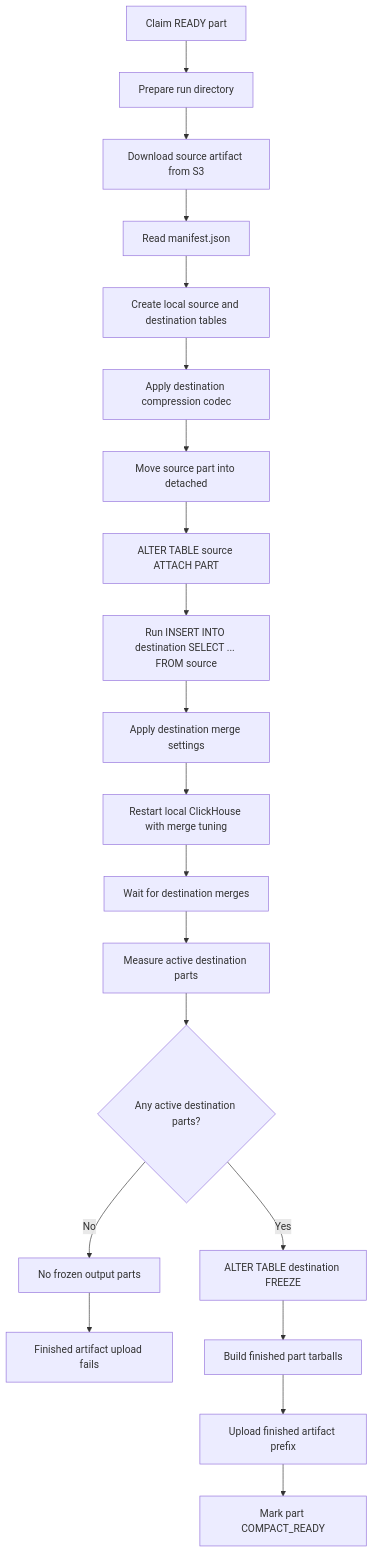
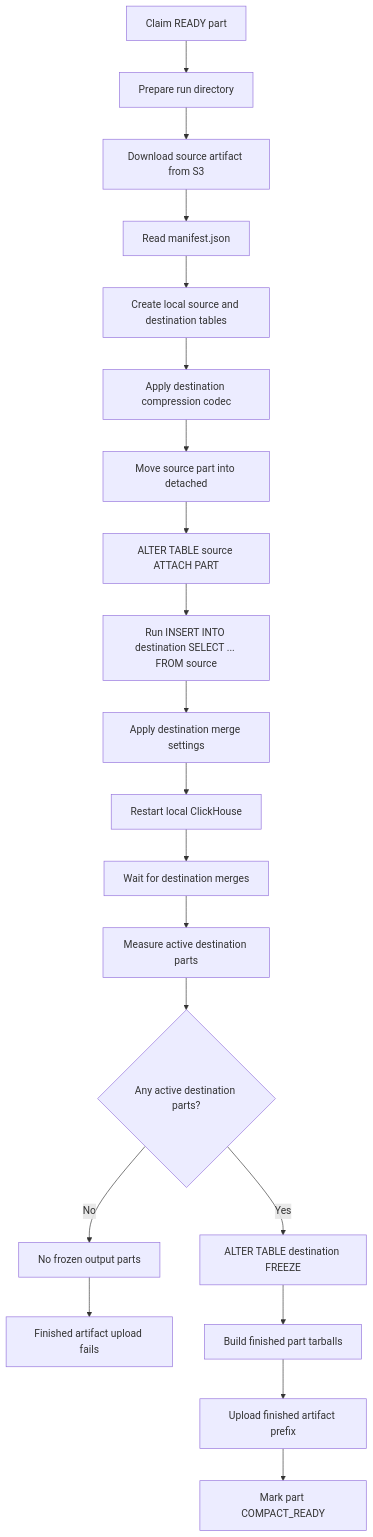
One commit to PostHog/partforge changed the second of 3 diagrams in docs/rewrite-flow.md. Above: the diagram before and after it, drawn with Mermaid. The commit also changed other lines of this file and 3 other files, not shown here.

````diff
--- a/docs/rewrite-flow.md
+++ b/docs/rewrite-flow.md
@@ -40,22 +40,22 @@
 ```mermaid
 graph TD
     A[Claim READY part] --> B[Prepare run directory]
     B --> C[Download source artifact from S3]
     C --> D[Read manifest.json]
     D --> E[Create local source and destination tables]
     E --> F[Apply destination compression codec]
     F --> G[Move source part into detached]
     G --> H[ALTER TABLE source ATTACH PART]
     H --> I[Run INSERT INTO destination SELECT ... FROM source]
     I --> J[Apply destination merge settings]
-    J --> K[Restart local ClickHouse with merge tuning]
+    J --> K[Restart local ClickHouse]
     K --> L[Wait for destination merges]
     L --> P[Measure active destination parts]
     P --> Q{Any active destination parts?}
     Q -- No --> R[No frozen output parts]
     R --> W[Finished artifact upload fails]
     Q -- Yes --> S[ALTER TABLE destination FREEZE]
     S --> T[Build finished part tarballs]
     T --> U[Upload finished artifact prefix]
     U --> V[Mark part COMPACT_READY]
 ```
````
